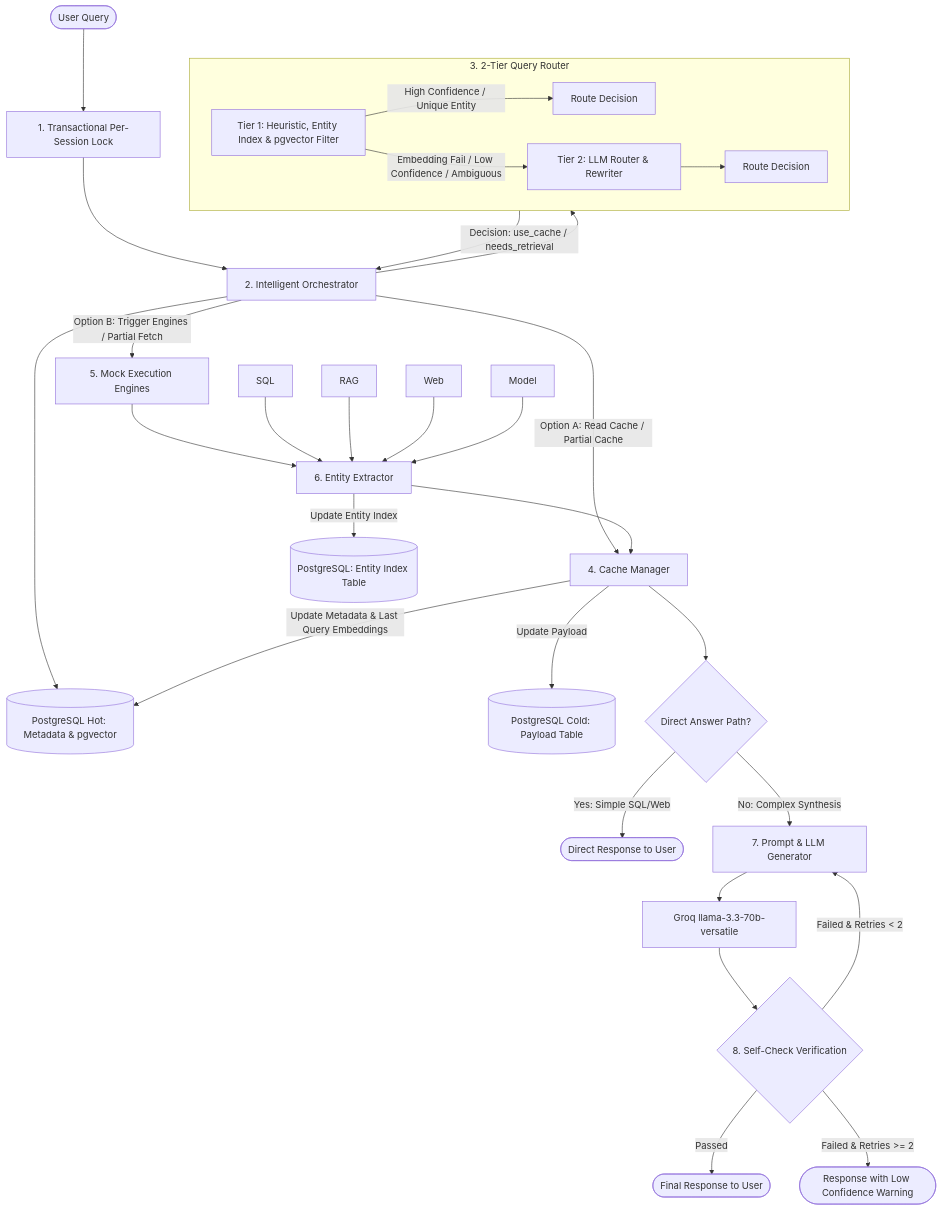
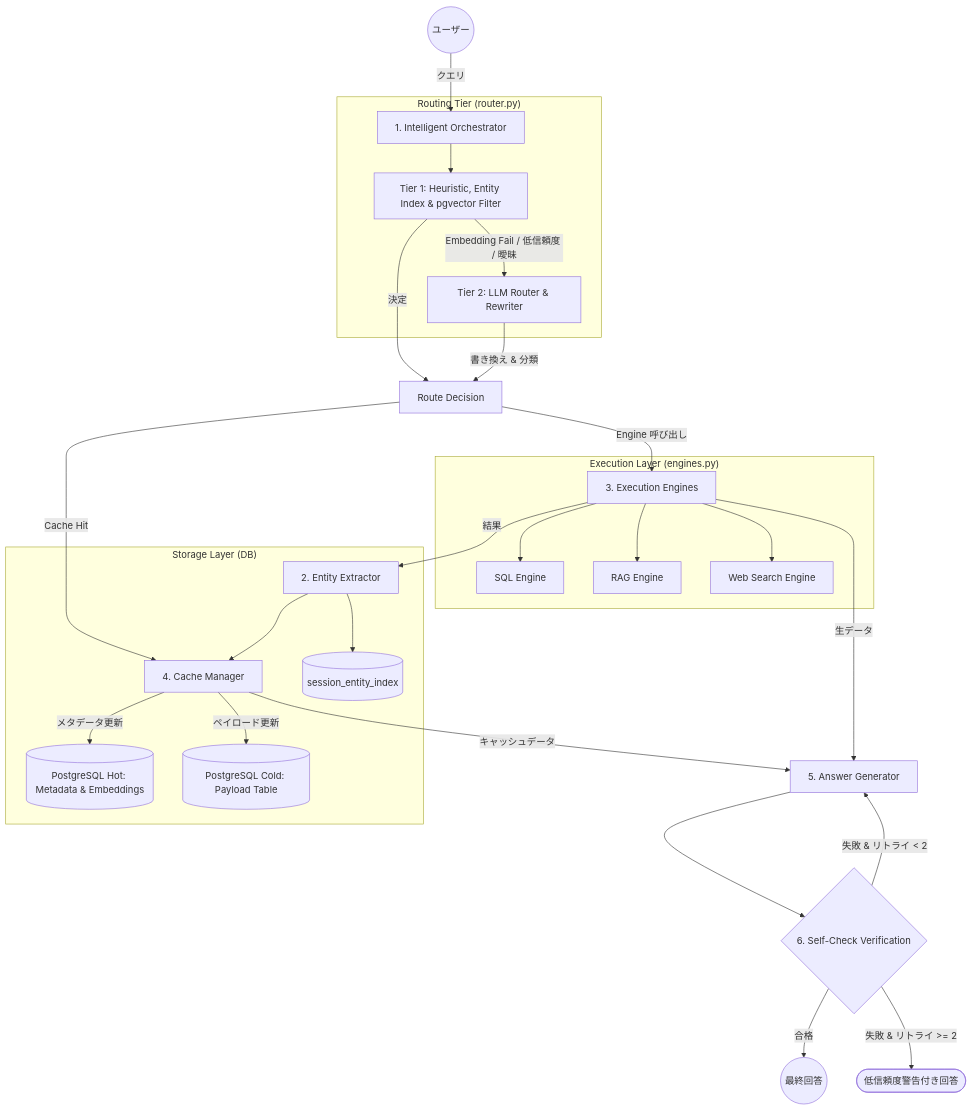
One commit to TCTri205/Tro-li-ao-Javis changed the diagram in multi-turn-context-manager/docs/architecture_overview.md. Above: the diagram before and after it, drawn with Mermaid. The commit also changed other lines of this file and 21 other files, not shown here.

````diff
--- a/multi-turn-context-manager/docs/architecture_overview.md
+++ b/multi-turn-context-manager/docs/architecture_overview.md
@@ -12,37 +9,38 @@
 ```mermaid
 graph TD
-    User([User Query]) --> SessionGuard[1. Transactional Per-Session Lock]
-    SessionGuard --> Orchestrator[2. Intelligent Orchestrator]
-    Orchestrator --> DB_Hot[(PostgreSQL Hot: Metadata & pgvector)]
-    Orchestrator --> Router[3. 2-Tier Query Router]
+    User((ユーザー)) -->|クエリ| Orch[1. Intelligent Orchestrator]
     
-    subgraph Router ["3. 2-Tier Query Router"]
-        T1[Tier 1: Heuristic, Entity Index & pgvector Filter] -->|High Confidence / Unique Entity| T1_Out[Route Decision]
-        T1 -->|Embedding Fail / Low Confidence / Ambiguous| T2[Tier 2: LLM Router & Rewriter]
-        T2 --> T2_Out[Route Decision]
+    subgraph "Routing Tier (router.py)"
+        Orch --> T1[Tier 1: Heuristic, Entity Index & pgvector Filter]
+        T1 -->|Embedding Fail / 低信頼度 / 曖昧| T2[Tier 2: LLM Router & Rewriter]
     end
     
-    Router -->|Decision: use_cache / needs_retrieval| Orchestrator
+    T1 -->|決定| Decision[Route Decision]
+    T2 -->|書き換え & 分類| Decision
     
-    Orchestrator -->|Option A: Read Cache / Partial Cache| CacheMgr[4. Cache Manager]
-    Orchestrator -->|Option B: Trigger Engines / Partial Fetch| Engines[5. Mock Execution Engines]
+    Decision -->|Cache Hit| CacheMgr
+    Decision -->|Engine 呼び出し| Engines[3. Execution Engines]
     
-    Engines --> EntityExtractor[6. Entity Extractor]
-    EntityExtractor -->|Update Entity Index| DB_Entity[(PostgreSQL: Entity Index Table)]
-    EntityExtractor --> CacheMgr
+    subgraph "Execution Layer (engines.py)"
+        Engines --> SQL[SQL Engine]
+        Engines --> RAG[RAG Engine]
+        Engines --> WEB[Web Search Engine]
+    end
     
-    SQL & RAG & Web & Model --> EntityExtractor
+    Engines -->|結果| EntityExtractor[2. Entity Extractor]
+    EntityExtractor --> CacheMgr[4. Cache Manager]
     
-    CacheMgr -->|Update Metadata & Last Query Embeddings| DB_Hot
-    CacheMgr -->|Update Payload| DB_Cold[(PostgreSQL Cold: Payload Table)]
+    subgraph "Storage Layer (DB)"
+        CacheMgr -->|メタデータ更新| DB_Hot[(PostgreSQL Hot: Metadata & Embeddings)]
+        CacheMgr -->|ペイロード更新| DB_Cold[(PostgreSQL Cold: Payload Table)]
+        EntityExtractor --> DB_Entity[(session_entity_index)]
+    end
     
-    CacheMgr --> DecisionDirect{Direct Answer Path?}
-    DecisionDirect -->|Yes: Simple SQL/Web| DirectResponse([Direct Response to User])
-    DecisionDirect -->|No: Complex Synthesis| PromptBuilder[7. Prompt & LLM Generator]
+    Engines -->|生データ| LLM[5. Answer Generator]
+    CacheMgr -->|キャッシュデータ| LLM
     
-    PromptBuilder --> LLM[Groq llama-3.3-70b-versatile]
-    LLM --> Verify{8. Self-Check Verification}
-    Verify -->|Passed| Response([Final Response to User])
-    Verify -->|Failed & Retries < 2| PromptBuilder
-    Verify -->|Failed & Retries >= 2| FallbackResponse([Response with Low Confidence Warning])
+    LLM --> Verify{6. Self-Check Verification}
+    Verify -->|合格| Response((最終回答))
+    Verify -->|失敗 & リトライ < 2| LLM
+    Verify -->|失敗 & リトライ >= 2| FallbackResponse([低信頼度警告付き回答])
 ```
````
